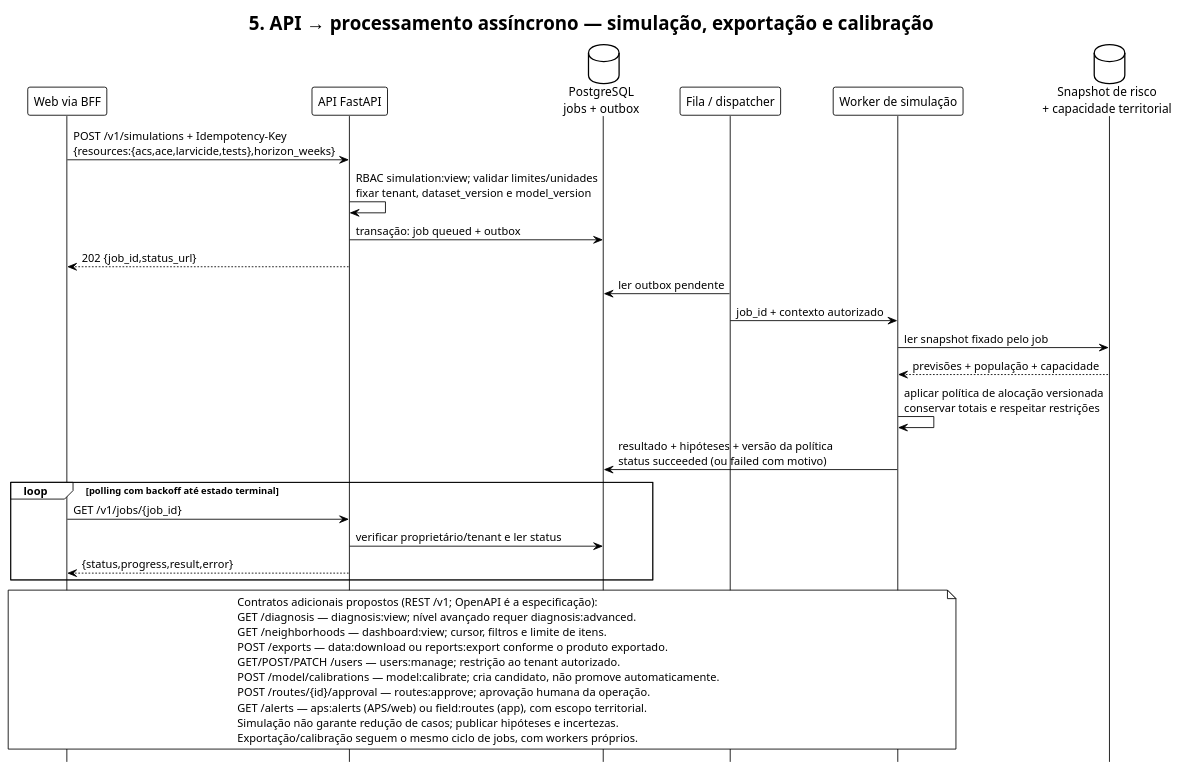
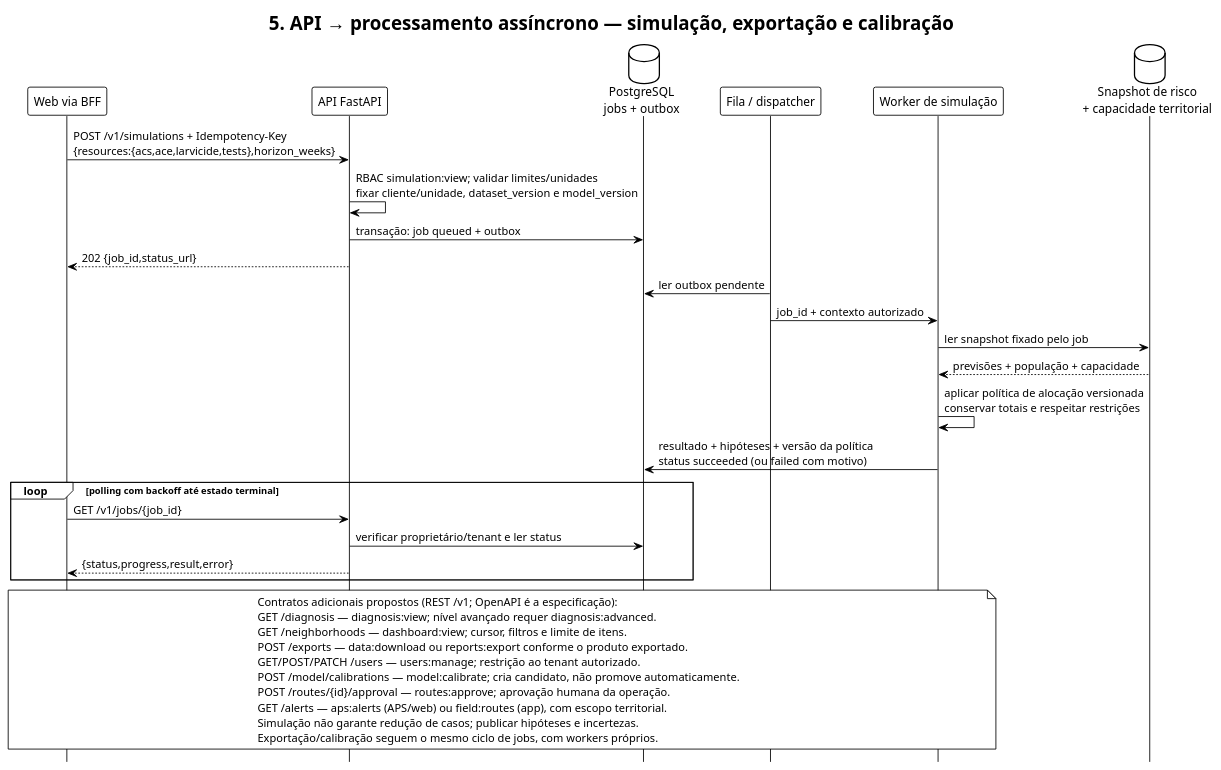
The diagram in docs/arquitetura/preview/Denguinhos_05_Jobs_API.puml (FabinhoFarias/projeto-informatica-em-saude), drawn with PlantUML before and after one commit. The commit also changed 28 other files, not shown here.

```diff
--- a/docs/arquitetura/preview/Denguinhos_05_Jobs_API.puml
+++ b/docs/arquitetura/preview/Denguinhos_05_Jobs_API.puml
@@ -2,39 +2,39 @@
 @startuml Denguinhos_05_Jobs_API
     !theme plain
     skinparam shadowing false
     hide footbox
     title 5. API → processamento assíncrono — simulação, exportação e calibração
     participant "Web via BFF" as Web
     participant "API FastAPI" as API
     database "PostgreSQL\njobs + outbox" as DB
     participant "Fila / dispatcher" as Queue
     participant "Worker de simulação" as Worker
     database "Snapshot de risco\n+ capacidade territorial" as Risk
     Web -> API : POST /v1/simulations + Idempotency-Key\n{resources:{acs,ace,larvicide,tests},horizon_weeks}
-    API -> API : RBAC simulation:view; validar limites/unidades\nfixar tenant, dataset_version e model_version
+    API -> API : RBAC simulation:view; validar limites/unidades\nfixar cliente/unidade, dataset_version e model_version
     API -> DB : transação: job queued + outbox
     API --> Web : 202 {job_id,status_url}
     Queue -> DB : ler outbox pendente
     Queue -> Worker : job_id + contexto autorizado
     Worker -> Risk : ler snapshot fixado pelo job
     Risk --> Worker : previsões + população + capacidade
     Worker -> Worker : aplicar política de alocação versionada\nconservar totais e respeitar restrições
     Worker -> DB : resultado + hipóteses + versão da política\nstatus succeeded (ou failed com motivo)
     loop polling com backoff até estado terminal
     Web -> API : GET /v1/jobs/{job_id}
     API -> DB : verificar proprietário/tenant e ler status
     API --> Web : {status,progress,result,error}
     end
     note over Web,Worker
     Contratos adicionais propostos (REST /v1; OpenAPI é a especificação):
     GET /diagnosis — diagnosis:view; nível avançado requer diagnosis:advanced.
     GET /neighborhoods — dashboard:view; cursor, filtros e limite de itens.
     POST /exports — data:download ou reports:export conforme o produto exportado.
     GET/POST/PATCH /users — users:manage; restrição ao tenant autorizado.
     POST /model/calibrations — model:calibrate; cria candidato, não promove automaticamente.
     POST /routes/{id}/approval — routes:approve; aprovação humana da operação.
     GET /alerts — aps:alerts (APS/web) ou field:routes (app), com escopo territorial.
     Simulação não garante redução de casos; publicar hipóteses e incertezas.
     Exportação/calibração seguem o mesmo ciclo de jobs, com workers próprios.
     end note
     @enduml
```
